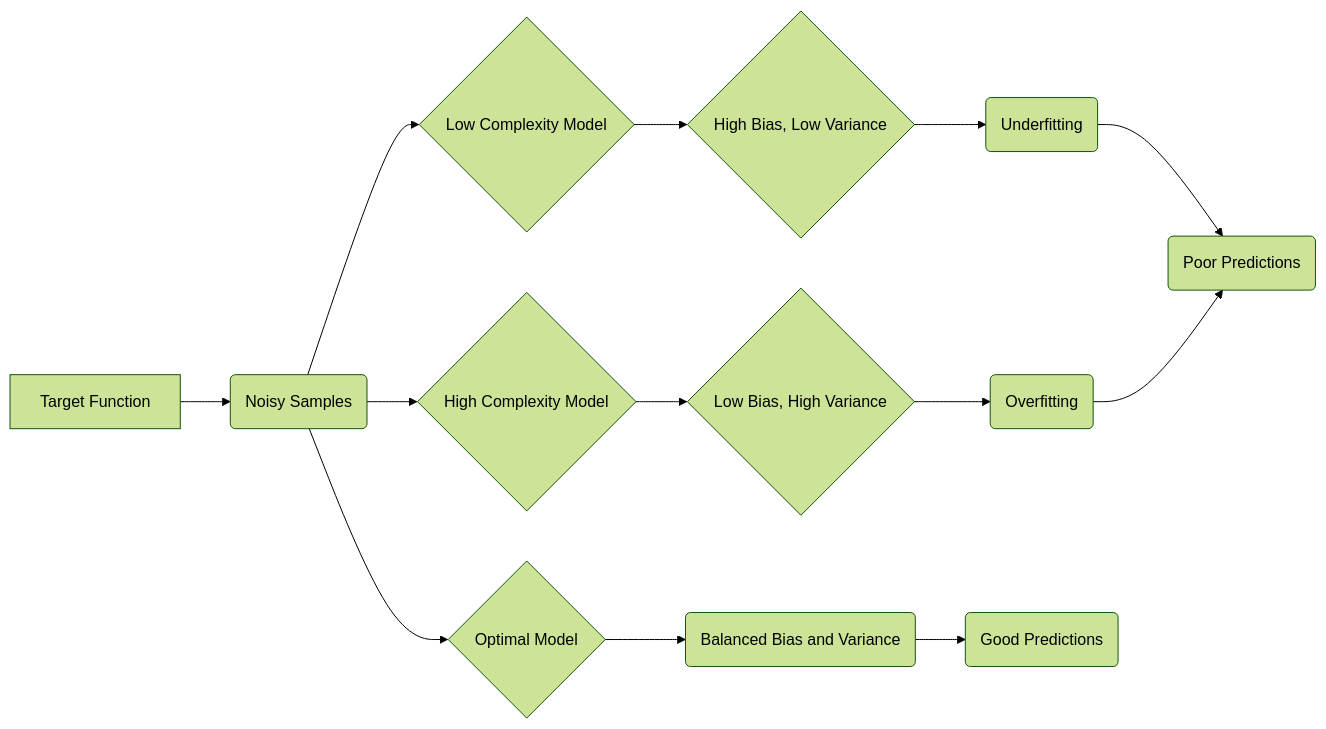
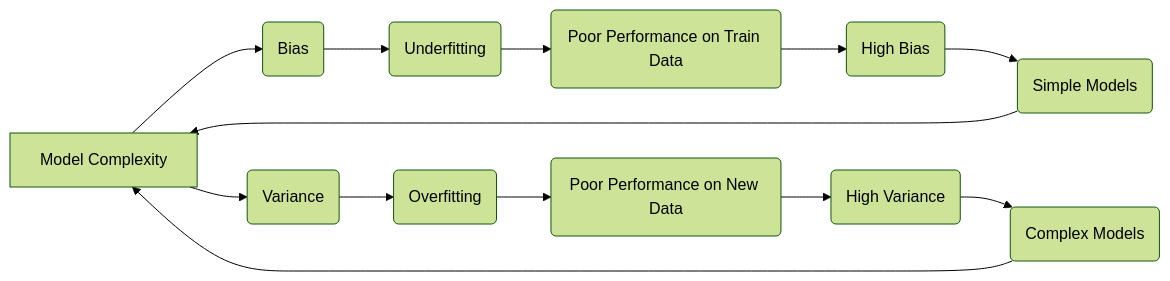
The first of 5 diagrams in 01. Linear Regression/01. Key Themes/01. Bias Variance Tradeoff.md (diegomrodrigues/statistical_learning_notes), drawn with Mermaid (forest theme) before and after one commit. The commit also changed other lines of this file, not shown here.

````diff
--- a/01. Linear Regression/01. Key Themes/01. Bias Variance Tradeoff.md
+++ b/01. Linear Regression/01. Key Themes/01. Bias Variance Tradeoff.md
@@ -3,15 +3,15 @@
 ```mermaid
 graph LR
-    A["Target Function"] --> B("Noisy Samples");
-    B --> C{"Low Complexity Model"};
-    B --> D{"High Complexity Model"};
-    C --> E{"High Bias, Low Variance"};
-    D --> F{"Low Bias, High Variance"};
-    E --> G("Underfitting");
-    F --> H("Overfitting");
-    G --> I("Poor Predictions");
-    H --> I;
-    B --> J{"Optimal Model"};
-    J --> K("Balanced Bias and Variance");
-    K --> L("Good Predictions");
+    A["Model Complexity"] --> B("Bias");
+    A --> C("Variance");
+    B --> D("Underfitting");
+    C --> E("Overfitting");
+    D --> F("Poor Performance on Train Data");
+    E --> G("Poor Performance on New Data");
+    F --> H("High Bias");
+    G --> I("High Variance");
+    H --> K("Simple Models");
+     I --> L("Complex Models");
+    K --> A
+    L --> A
 ```
````
